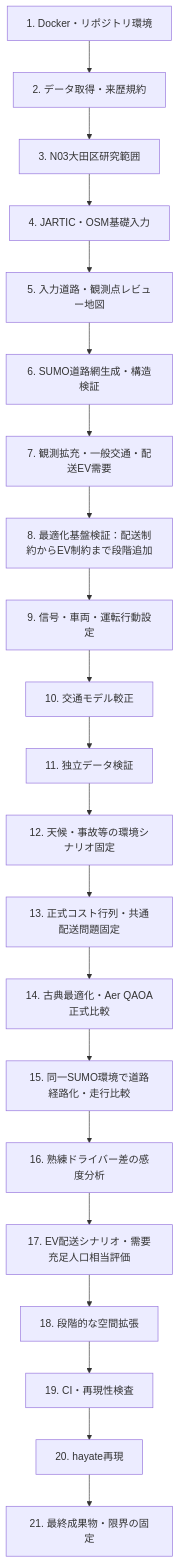
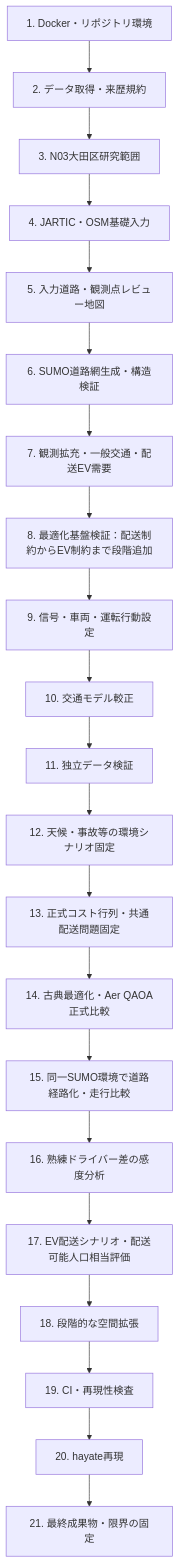
One commit to tkm-sano/kmd-analysis changed the diagram in 05_src/traffic_simulation/implementation_plan.md. Above: the diagram before and after it, drawn with Mermaid. The commit also changed other lines of this file and 1 other file, not shown here.

````diff
--- a/05_src/traffic_simulation/implementation_plan.md
+++ b/05_src/traffic_simulation/implementation_plan.md
@@ -9,28 +9,28 @@
 ```mermaid
 flowchart TD
     S01[1. Docker・リポジトリ環境]
     S02[2. データ取得・来歴規約]
     S03[3. N03大田区研究範囲]
     S04[4. JARTIC・OSM基礎入力]
     S05[5. 入力道路・観測点レビュー地図]
     S06[6. SUMO道路網生成・構造検証]
     S07[7. 観測拡充・一般交通・配送EV需要]
     S08[8. 最適化基盤検証：配送制約からEV制約まで段階追加]
     S09[9. 信号・車両・運転行動設定]
     S10[10. 交通モデル較正]
     S11[11. 独立データ検証]
     S12[12. 天候・事故等の環境シナリオ固定]
     S13[13. 正式コスト行列・共通配送問題固定]
     S14[14. 古典最適化・Aer QAOA正式比較]
     S15[15. 同一SUMO環境で道路経路化・走行比較]
     S16[16. 熟練ドライバー差の感度分析]
-    S17[17. EV配送シナリオ・需要充足人口相当評価]
+    S17[17. EV配送シナリオ・配送可能人口相当評価]
     S18[18. 段階的な空間拡張]
     S19[19. CI・再現性検査]
     S20[20. hayate再現]
     S21[21. 最終成果物・限界の固定]
 
     S01 --> S02 --> S03 --> S04 --> S05 --> S06 --> S07
     S07 --> S08 --> S09 --> S10 --> S11 --> S12 --> S13 --> S14
     S14 --> S15 --> S16 --> S17 --> S18 --> S19 --> S20 --> S21
 ```
````
